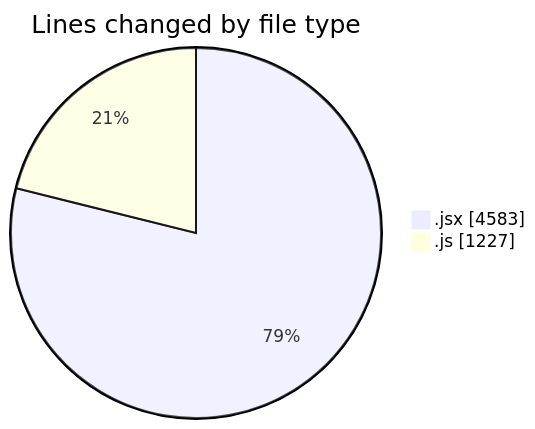
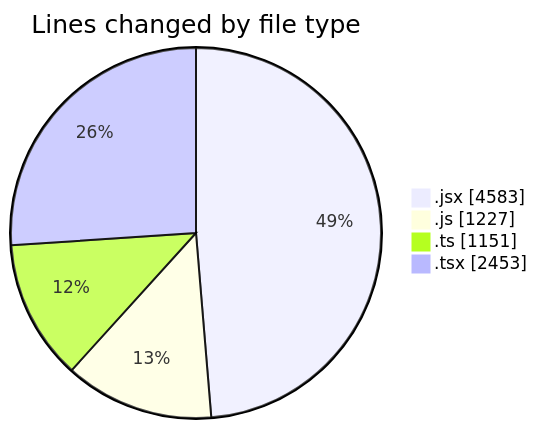
Before and after one commit to nxtqubesakshisongat/code-tracking: the first of 2 diagrams in 2026-01-21/nxtqube_webapp/README.md, drawn with Mermaid. The commit also changed other lines of this file and 1 other file, not shown here.

````diff
--- a/2026-01-21/nxtqube_webapp/README.md
+++ b/2026-01-21/nxtqube_webapp/README.md
@@ -23,6 +25,8 @@
 ```mermaid
 pie showData
 title Lines changed by file type
 ".jsx" : 4583
 ".js" : 1227
+".ts" : 1151
+".tsx" : 2453
 ```
````
